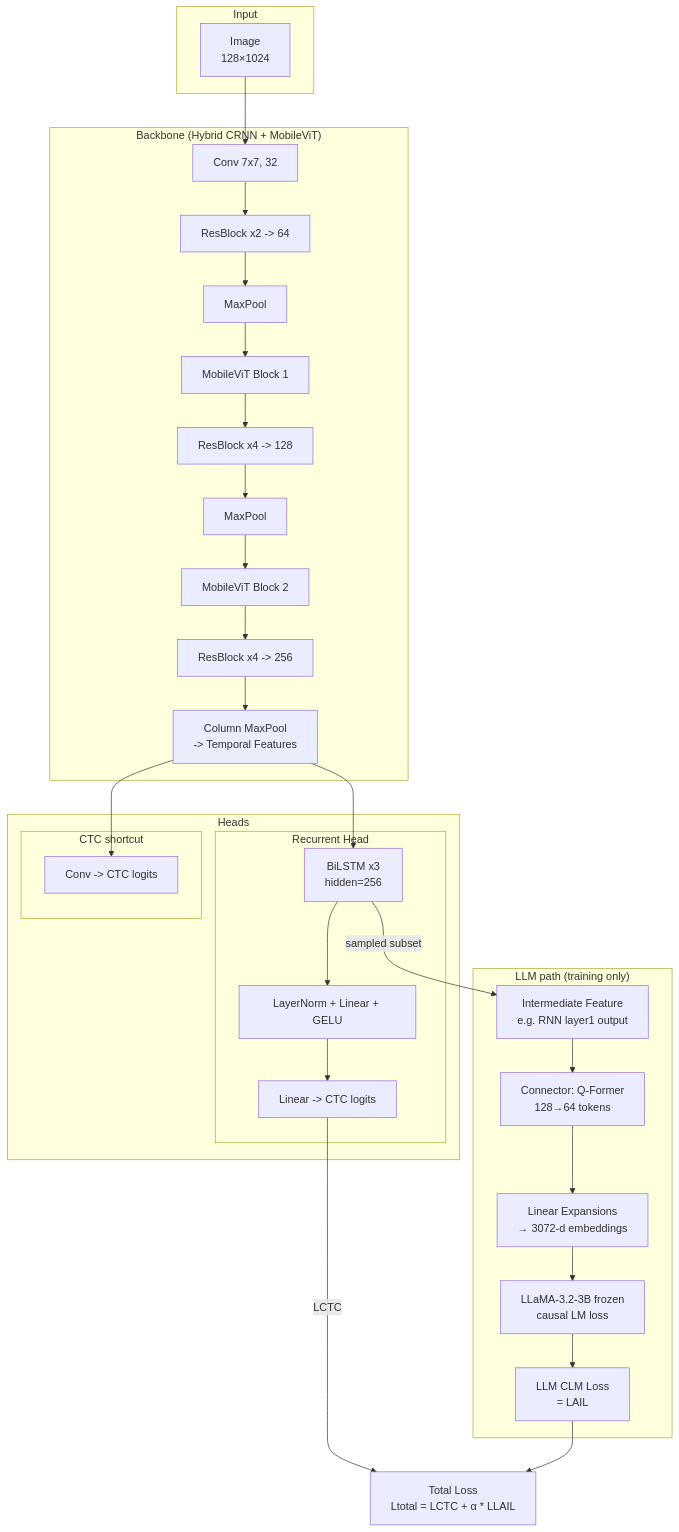
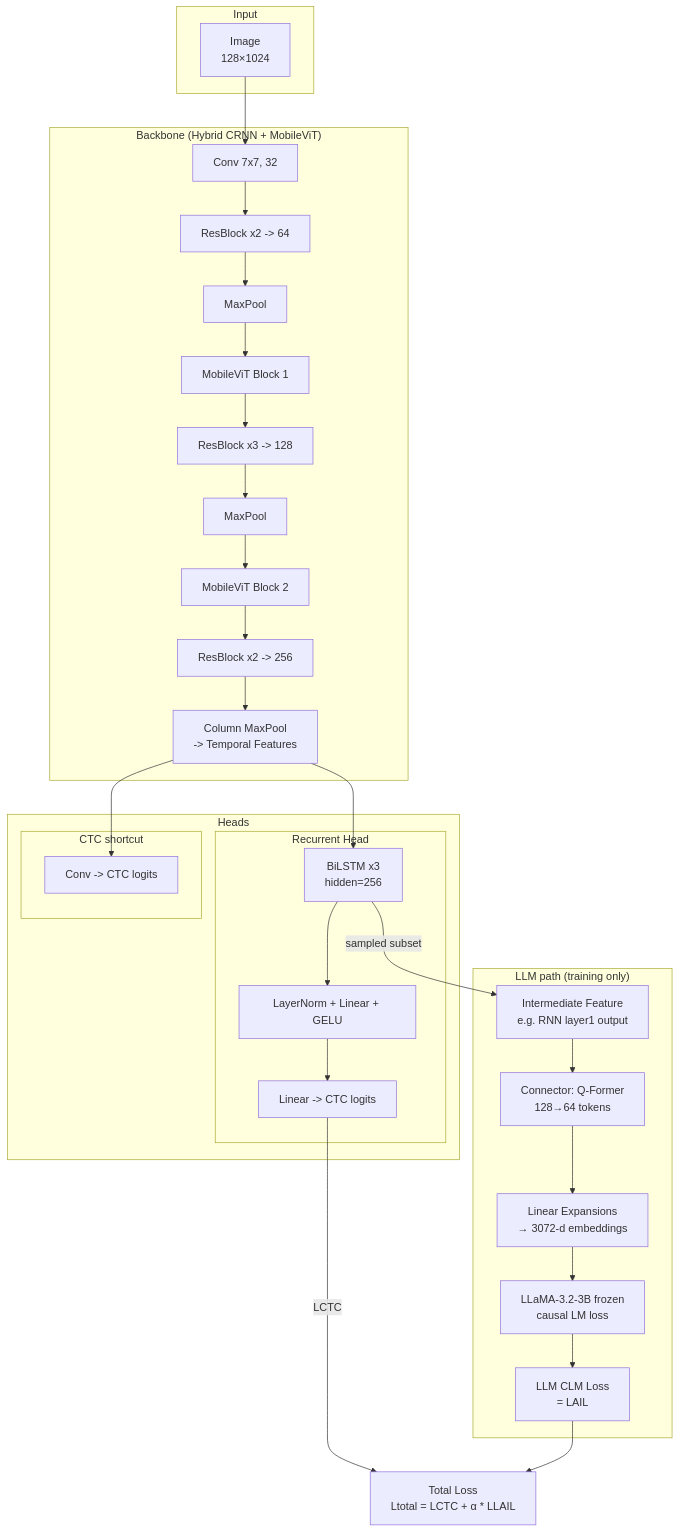
One commit to kousei4446/htr_with_language_model changed the diagram in README.md. Above: the diagram before and after it, drawn with Mermaid. The commit also changed other lines of this file and 4 other files, not shown here.

````diff
--- a/README.md
+++ b/README.md
@@ -31,50 +31,50 @@
 ```mermaid
 flowchart TB
   subgraph INPUT["Input"]
     I[Image<br/>128×1024]
   end
 
   subgraph BACKBONE["Backbone (Hybrid CRNN + MobileViT)"]
     B0[Conv 7x7, 32]
     B1[ResBlock x2 -> 64]
     MP1[MaxPool]
     MV1[MobileViT Block 1]
-    B2[ResBlock x4 -> 128]
+    B2[ResBlock x3 -> 128]
     MP2[MaxPool]
     MV2[MobileViT Block 2]
-    B3[ResBlock x4 -> 256]
+    B3[ResBlock x2 -> 256]
     COLMP[Column MaxPool<br/>-> Temporal Features]
   end
 
   subgraph HEADS["Heads"]
     subgraph RNN_HEAD["Recurrent Head"]
       R1[BiLSTM x3<br/>hidden=256]
       Rproj[LayerNorm + Linear + GELU]
       RCTC[Linear -> CTC logits]
     end
     subgraph CNN_SHORT["CTC shortcut"]
       Cconv[Conv -> CTC logits]
     end
   end
 
   subgraph LLM_PATH["LLM path (training only)"]
     INTER[Intermediate Feature<br/>e.g. RNN layer1 output]
     QFORMER[Connector: Q-Former<br/>128→64 tokens]
     EXPAND[Linear Expansions<br/>→ 3072-d embeddings]
     LLaMA[LLaMA-3.2-3B frozen<br/>causal LM loss]
     LAIL[LLM CLM Loss<br/>= LAIL]
   end
 
   I --> B0 --> B1 --> MP1 --> MV1 --> B2 --> MP2 --> MV2 --> B3 --> COLMP
   COLMP --> R1 --> Rproj --> RCTC
   COLMP --> Cconv
 
   %% LLM path connections
   %% (note: illustrate extraction point)
   R1 -->|sampled subset| INTER
   INTER --> QFORMER --> EXPAND --> LLaMA
   LLaMA --> LAIL
   RCTC -->|LCTC| Ltotal["Total Loss<br/>Ltotal = LCTC + α * LLAIL"]
   LAIL --> Ltotal
 
 ```
````
